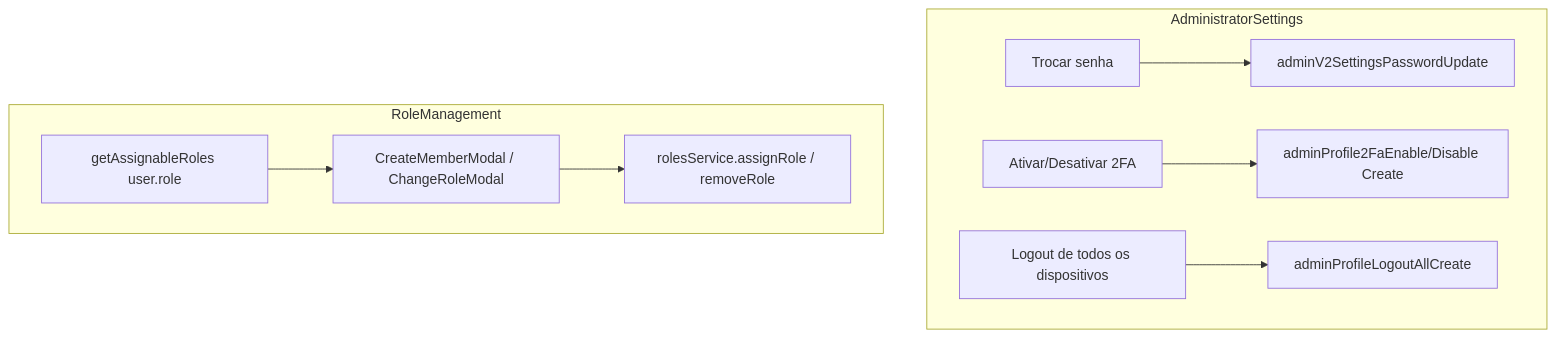
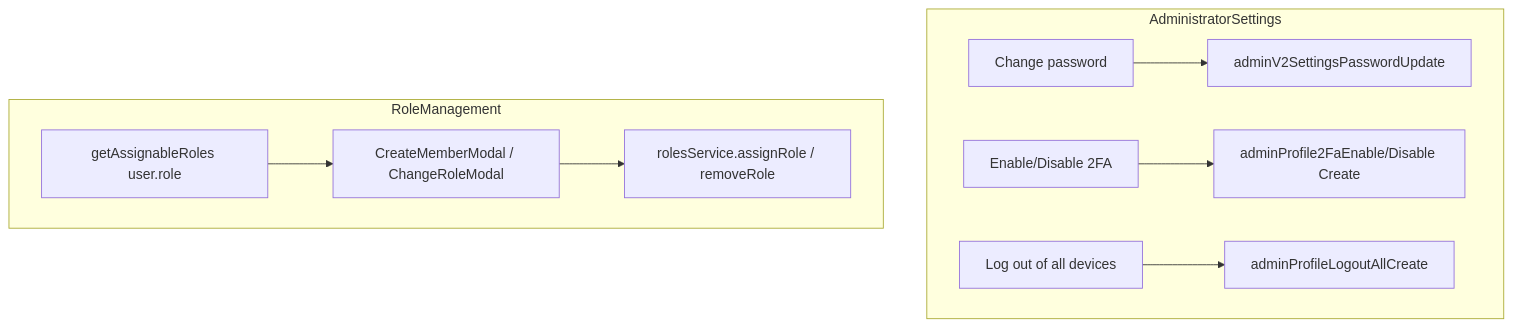
Before and after one commit to Walky-App/walky-admin: diagram 12 of 15 in docs/workflows.md, drawn with Mermaid. The commit also changed other lines of this file and 12 other files, not shown here.

````diff
--- a/docs/workflows.md
+++ b/docs/workflows.md
@@ -646,12 +648,12 @@
 ```mermaid
 flowchart TD
     subgraph Settings["AdministratorSettings"]
-        S1[Trocar senha] --> P1[adminV2SettingsPasswordUpdate]
-        S2[Ativar/Desativar 2FA] --> P2[adminProfile2FaEnable/Disable Create]
-        S3[Logout de todos os dispositivos] --> P3[adminProfileLogoutAllCreate]
+        S1[Change password] --> P1[adminV2SettingsPasswordUpdate]
+        S2[Enable/Disable 2FA] --> P2[adminProfile2FaEnable/Disable Create]
+        S3[Log out of all devices] --> P3[adminProfileLogoutAllCreate]
     end
     subgraph Roles["RoleManagement"]
         R1[getAssignableRoles user.role] --> R2[CreateMemberModal / ChangeRoleModal]
         R2 --> R3[rolesService.assignRole / removeRole]
     end
 ```
````
